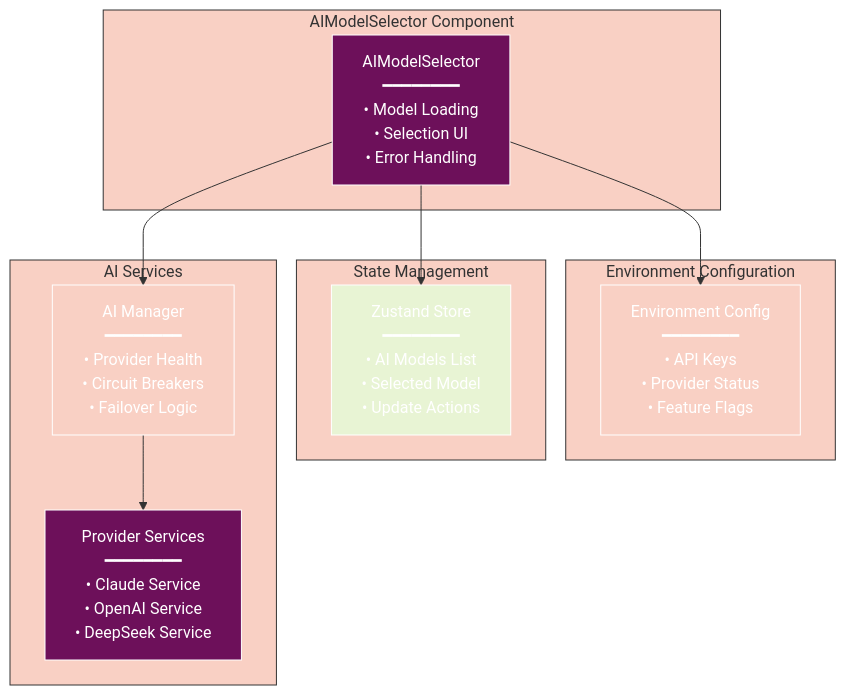
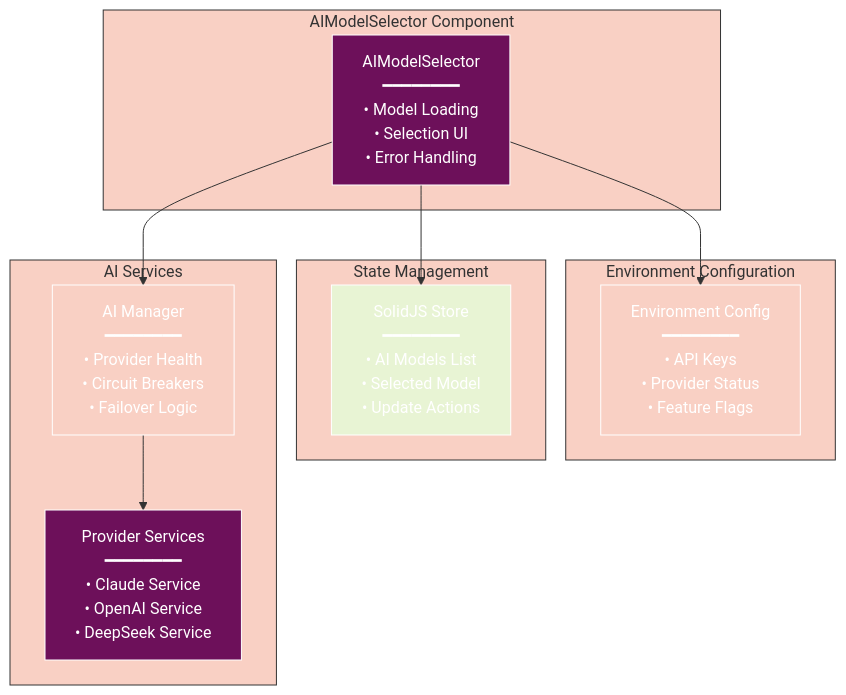
The first of 10 diagrams in docs/components/AI_MODEL_SELECTOR.md (radicalkjax/Athena), drawn with Mermaid before and after one commit. The commit also changed other lines of this file and 21 other files, not shown here.

````diff
--- a/docs/components/AI_MODEL_SELECTOR.md
+++ b/docs/components/AI_MODEL_SELECTOR.md
@@ -30,51 +32,51 @@
 ```mermaid
 %%{init: {
   'theme': 'base',
   'themeVariables': {
     'primaryColor': '#6d105a',
     'primaryTextColor': '#ffffff',
     'primaryBorderColor': '#ffffff',
     'lineColor': '#333333',
     'secondaryColor': '#e8f4d4',
     'secondaryTextColor': '#333333',
     'secondaryBorderColor': '#333333',
     'tertiaryColor': '#f9d0c4',
     'tertiaryTextColor': '#333333',
     'tertiaryBorderColor': '#333333',
     'background': '#ffffff',
     'mainBkg': '#6d105a',
     'secondBkg': '#e8f4d4',
     'tertiaryBkg': '#f9d0c4',
     'textColor': '#333333',
     'fontFamily': 'Arial, sans-serif'
   }
 }}%%
 graph TD
     subgraph "AIModelSelector Component"
         A[AIModelSelector<br/>━━━━━━━━<br/>• Model Loading<br/>• Selection UI<br/>• Error Handling]
     end
     
     subgraph "Environment Configuration"
         B[Environment Config<br/>━━━━━━━━<br/>• API Keys<br/>• Provider Status<br/>• Feature Flags]
     end
     
     subgraph "State Management"
-        C[Zustand Store<br/>━━━━━━━━<br/>• AI Models List<br/>• Selected Model<br/>• Update Actions]
+        C[SolidJS Store<br/>━━━━━━━━<br/>• AI Models List<br/>• Selected Model<br/>• Update Actions]
     end
     
     subgraph "AI Services"
         D[AI Manager<br/>━━━━━━━━<br/>• Provider Health<br/>• Circuit Breakers<br/>• Failover Logic]
         E[Provider Services<br/>━━━━━━━━<br/>• Claude Service<br/>• OpenAI Service<br/>• DeepSeek Service]
     end
     
     A --> B
     A --> C
     A --> D
     D --> E
     
     style A fill:#6d105a,color:#fff
     style B fill:#f9d0c4
     style C fill:#e8f4d4
     style D fill:#f9d0c4
     style E fill:#6d105a,color:#fff
 ```
````
